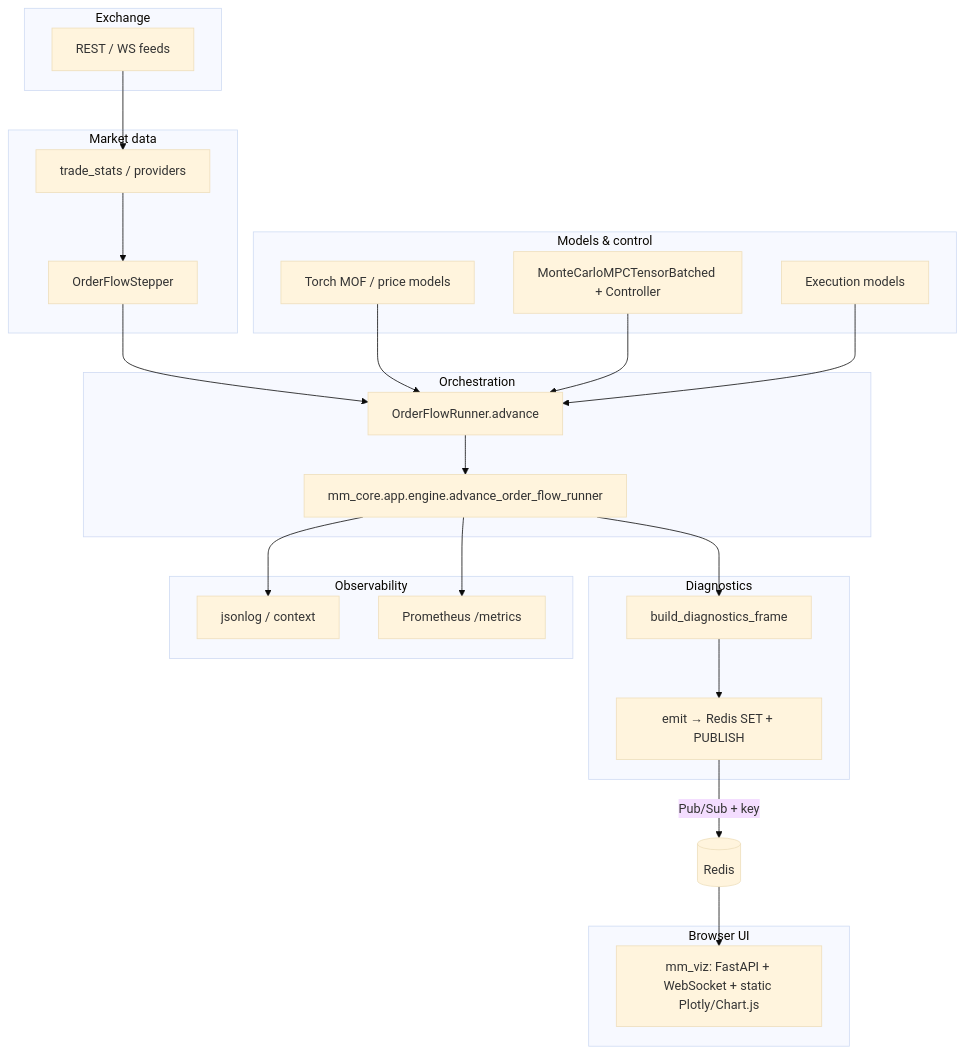
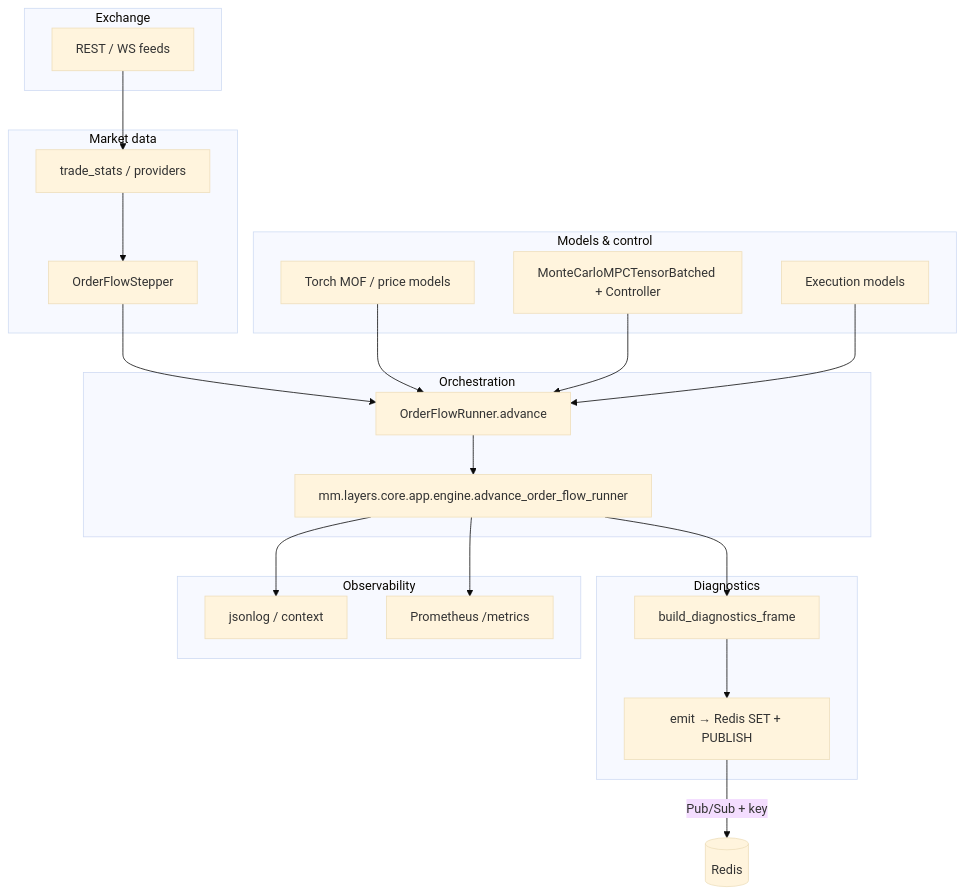
Before and after one commit to golipour/market-maker: the diagram in docs/SYSTEM_ARCHITECTURE.md, drawn with Mermaid (base theme). The commit also changed other lines of this file and 140 other files, not shown here.

````diff
--- a/docs/SYSTEM_ARCHITECTURE.md
+++ b/docs/SYSTEM_ARCHITECTURE.md
@@ -11,50 +11,45 @@
 ```mermaid
 flowchart TB
   subgraph exchange["Exchange"]
     REST["REST / WS feeds"]
   end
 
   subgraph ingest["Market data"]
     TS["trade_stats / providers"]
     ST["OrderFlowStepper"]
   end
 
   subgraph brain["Models & control"]
     MOF["Torch MOF / price models"]
     MPC["MonteCarloMPCTensorBatched + Controller"]
     EX["Execution models"]
   end
 
   subgraph loop["Orchestration"]
     RUN["OrderFlowRunner.advance"]
-    ENG["mm_core.app.engine.advance_order_flow_runner"]
+    ENG["mm.layers.core.app.engine.advance_order_flow_runner"]
   end
 
   subgraph diag["Diagnostics"]
     FV1["build_diagnostics_frame"]
     EM["emit → Redis SET + PUBLISH"]
   end
 
   subgraph obs["Observability"]
     LOG["jsonlog / context"]
     MET["Prometheus /metrics"]
   end
 
-  subgraph ui["Browser UI"]
-    VIZ["mm_viz: FastAPI + WebSocket + static Plotly/Chart.js"]
-  end
-
   REST --> TS
   TS --> ST
   ST --> RUN
   MOF --> RUN
   MPC --> RUN
   EX --> RUN
   RUN --> ENG
   ENG --> FV1
   FV1 --> EM
   EM -->|Pub/Sub + key| RS[(Redis)]
-  RS --> VIZ
   ENG --> LOG
   ENG --> MET
 ```
````
